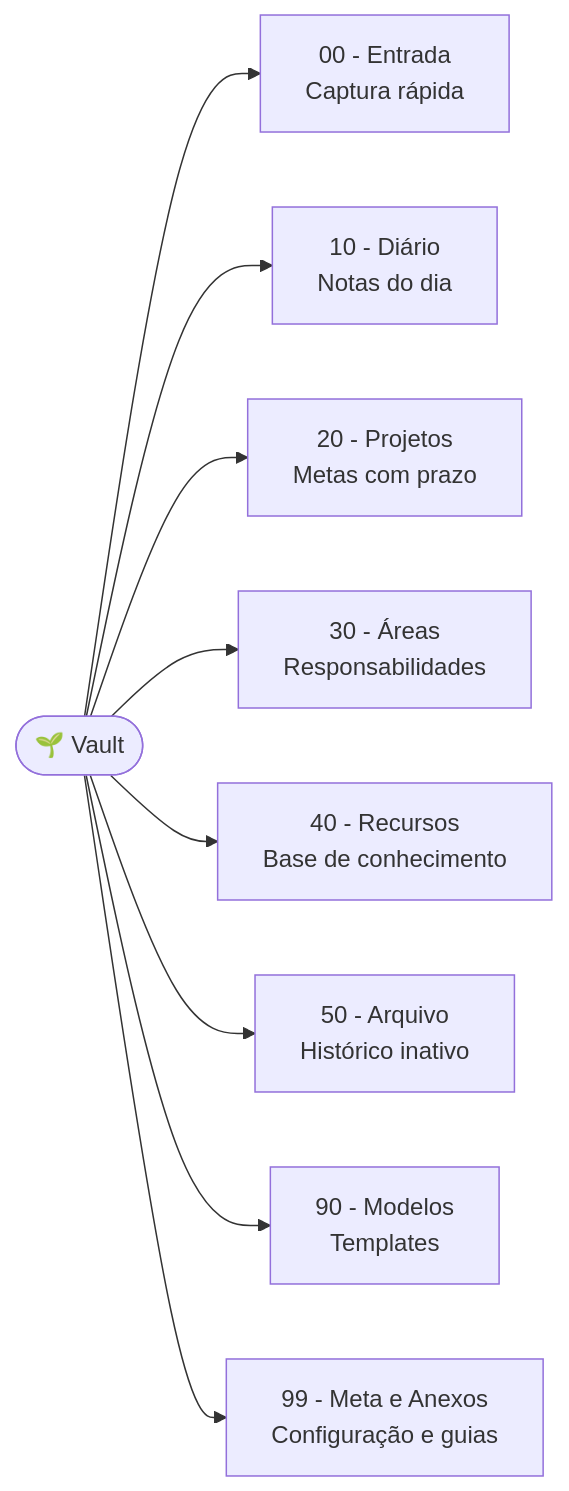
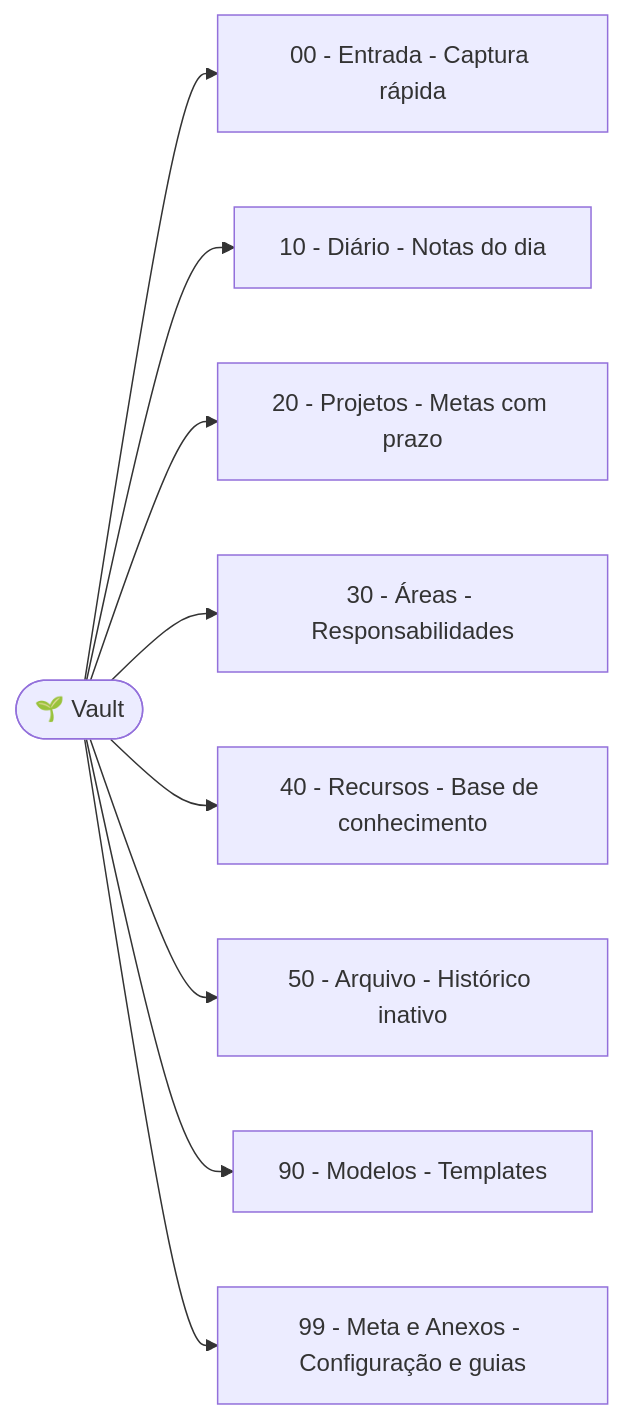
Before and after one commit to aretw0/vault-seed: the diagram in 99 - Meta e Anexos/Entendendo a Estrutura de Pastas.md, drawn with Mermaid. The commit also changed 1 other file, not shown here.

Commit message:
fix(mdt): replace \n with dash in para-structure diagram labels

````diff
--- a/99 - Meta e Anexos/Entendendo a Estrutura de Pastas.md
+++ b/99 - Meta e Anexos/Entendendo a Estrutura de Pastas.md
@@ -30,12 +30,12 @@
 ```mermaid
 graph LR
     Vault(["🌱 Vault"])
-    Vault --> E["00 - Entrada\nCaptura rápida"]
-    Vault --> D["10 - Diário\nNotas do dia"]
-    Vault --> P["20 - Projetos\nMetas com prazo"]
-    Vault --> A["30 - Áreas\nResponsabilidades"]
-    Vault --> R["40 - Recursos\nBase de conhecimento"]
-    Vault --> Arq["50 - Arquivo\nHistórico inativo"]
-    Vault --> M["90 - Modelos\nTemplates"]
-    Vault --> Meta["99 - Meta e Anexos\nConfiguração e guias"]
+    Vault --> E["00 - Entrada - Captura rápida"]
+    Vault --> D["10 - Diário - Notas do dia"]
+    Vault --> P["20 - Projetos - Metas com prazo"]
+    Vault --> A["30 - Áreas - Responsabilidades"]
+    Vault --> R["40 - Recursos - Base de conhecimento"]
+    Vault --> Arq["50 - Arquivo - Histórico inativo"]
+    Vault --> M["90 - Modelos - Templates"]
+    Vault --> Meta["99 - Meta e Anexos - Configuração e guias"]
 ```
````
